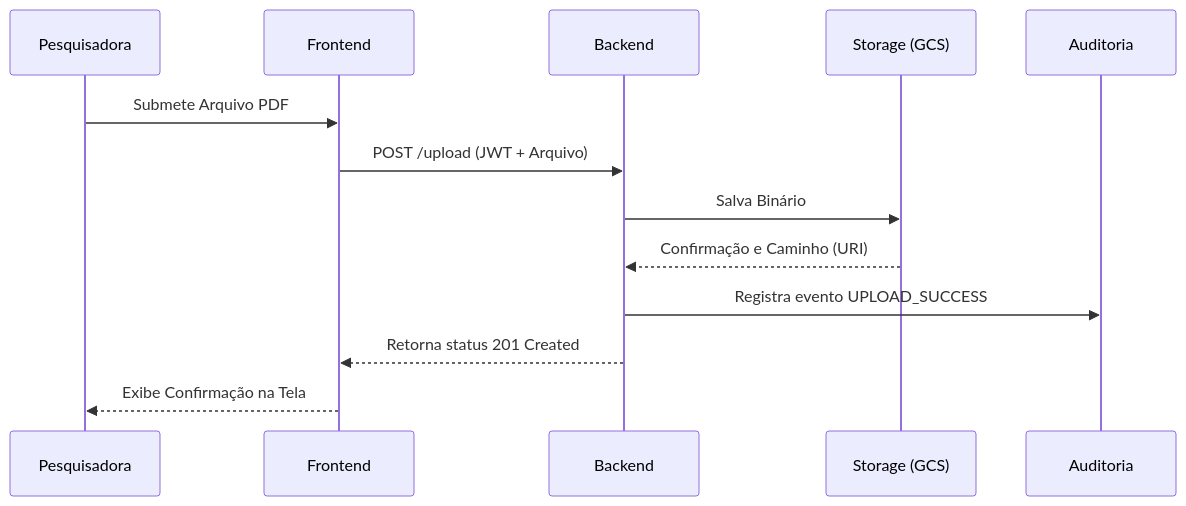
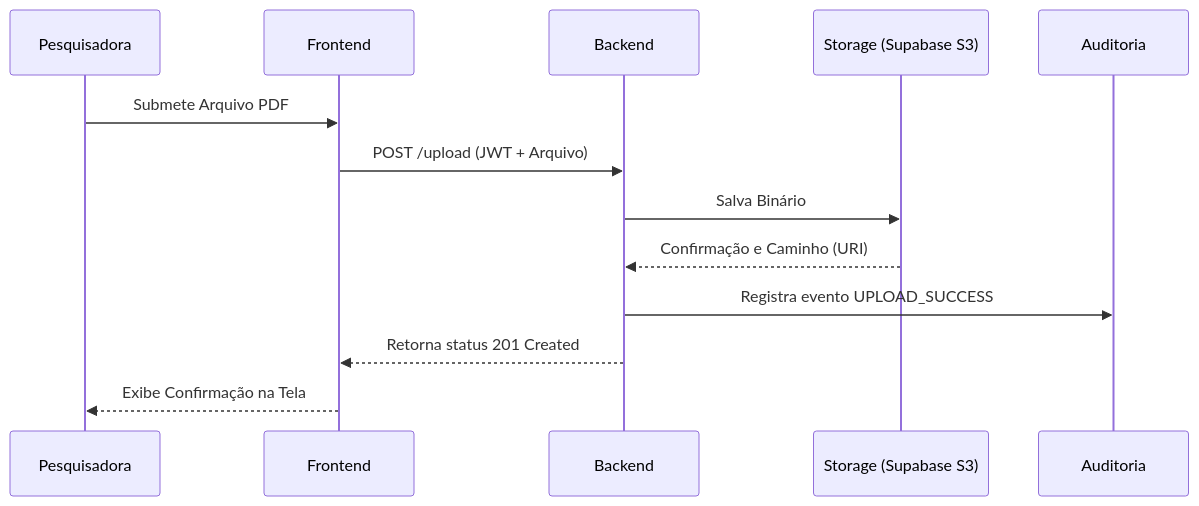
One commit to pedrohpsantos/EdTech changed the second of 2 diagrams in docs/arquitetura/design_tecnico.md. Above: the diagram before and after it, drawn with Mermaid. The commit also changed other lines of this file and 11 other files, not shown here.

````diff
--- a/docs/arquitetura/design_tecnico.md
+++ b/docs/arquitetura/design_tecnico.md
@@ -81,16 +81,16 @@
 ```mermaid
 sequenceDiagram
     participant P as Pesquisadora
     participant F as Frontend
     participant B as Backend
-    participant S as Storage (GCS)
+    participant S as Storage (Supabase S3)
     participant A as Auditoria
 
     P->>F: Submete Arquivo PDF
     F->>B: POST /upload (JWT + Arquivo)
     B->>S: Salva Binário
     S-->>B: Confirmação e Caminho (URI)
     B->>A: Registra evento UPLOAD_SUCCESS
     B-->>F: Retorna status 201 Created
     F-->>P: Exibe Confirmação na Tela
 ```
````
